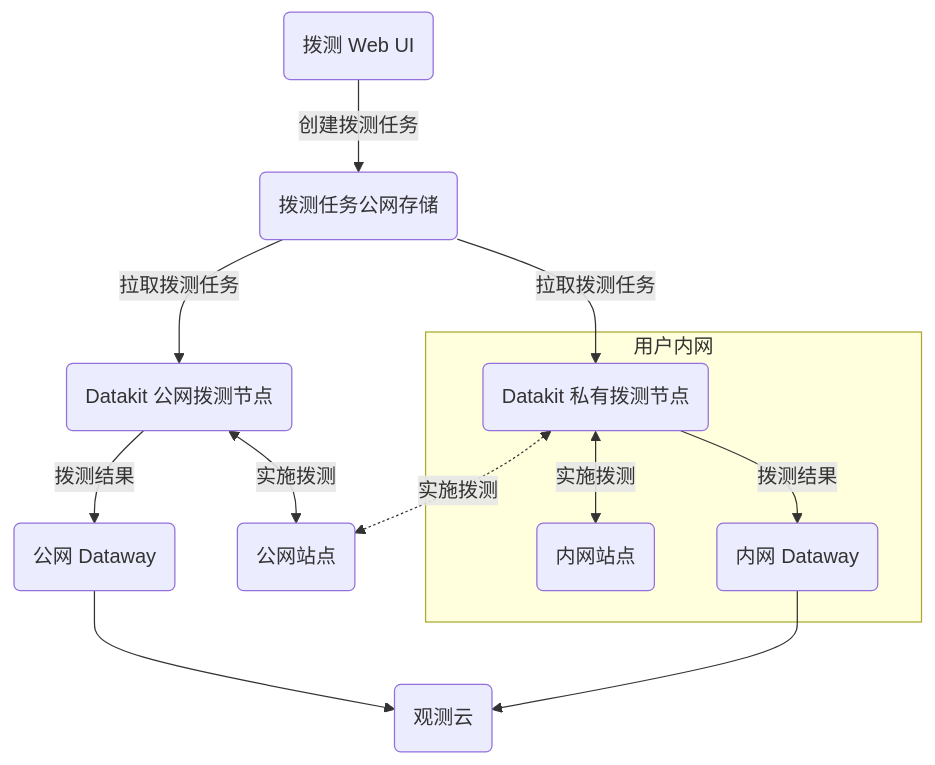
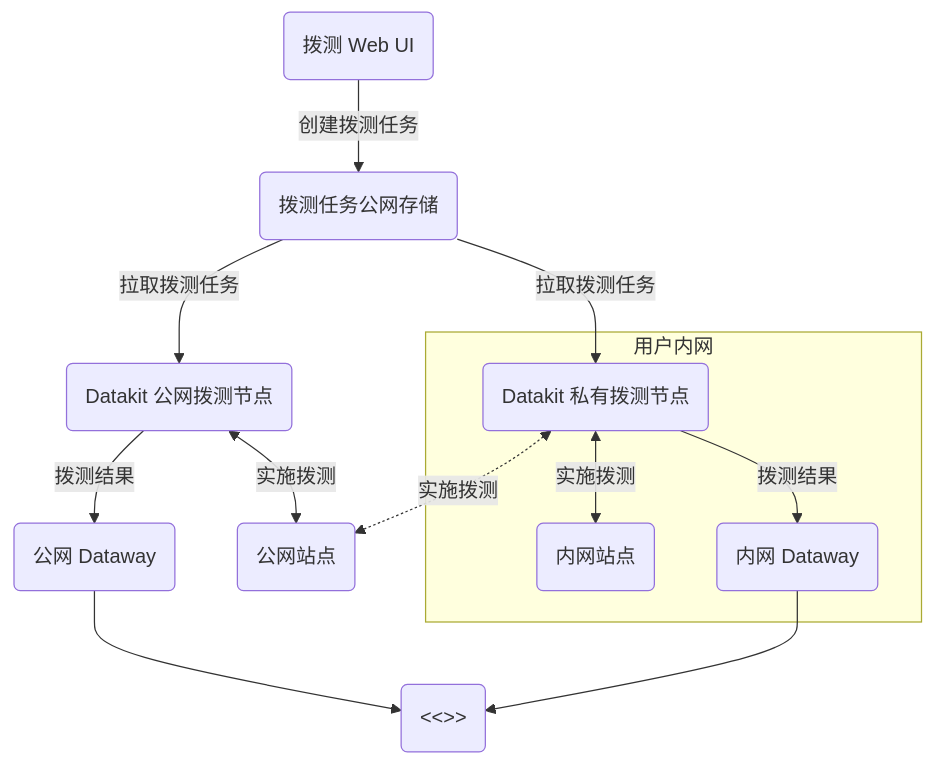
The diagram in internal/export/doc/zh/inputs/dialtesting.md (GuanceCloud/datakit), drawn with Mermaid before and after one commit. The commit also changed other lines of this file and 333 other files, not shown here.

````diff
--- a/internal/export/doc/zh/inputs/dialtesting.md
+++ b/internal/export/doc/zh/inputs/dialtesting.md
@@ -62,27 +62,27 @@
 ```mermaid
 graph TD
   %% node definitions
   dt_web(拨测 Web UI);
   dt_db(拨测任务公网存储);
   dt_pub(Datakit 公网拨测节点);
   dt_pri(Datakit 私有拨测节点);
   site_inner(内网站点);
   site_pub(公网站点);
   dw_inner(内网 Dataway);
   dw_pub(公网 Dataway);
-  guance(观测云);
+  server(<<<custom_key.brand_name>>>);
 
   %%%%%%%%%%%%%%%%%%%%%%%%%%%%%%%
 
   dt_web -->|创建拨测任务| dt_db;
-  dt_db -->|拉取拨测任务| dt_pub -->|拨测结果| dw_pub --> guance;
+  dt_db -->|拉取拨测任务| dt_pub -->|拨测结果| dw_pub --> server;
   dt_db -->|拉取拨测任务| dt_pri;
   dt_pub <-->|实施拨测| site_pub;
 
   dt_pri <-.->|实施拨测| site_pub;
-  dw_inner --> guance;
+  dw_inner --> server;
   subgraph "用户内网"
   dt_pri <-->|实施拨测| site_inner;
   dt_pri -->|拨测结果| dw_inner;
   end
 ```
````
